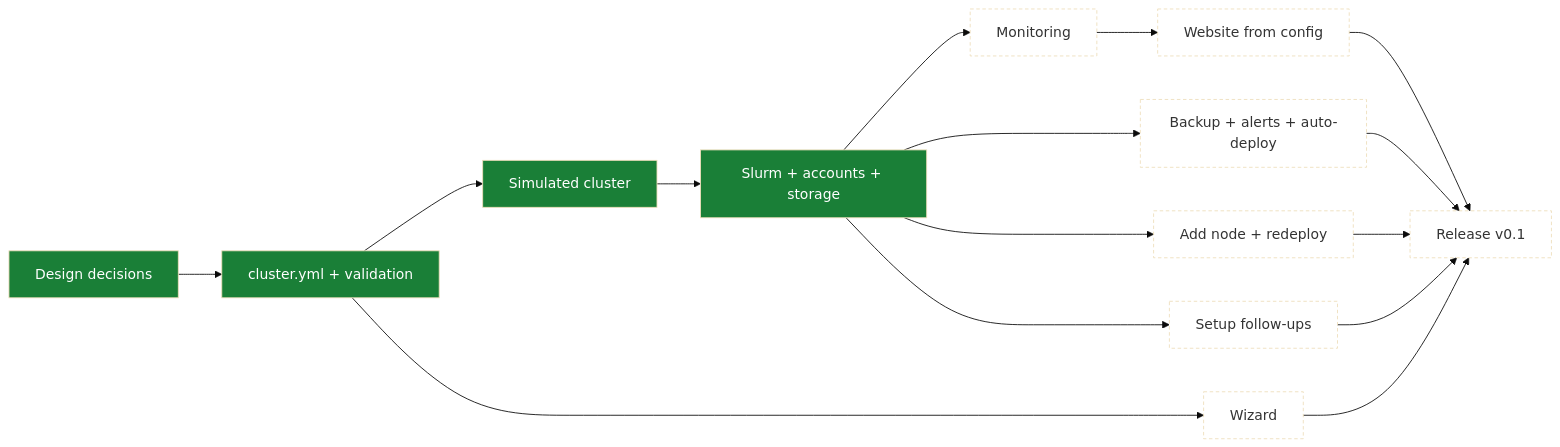
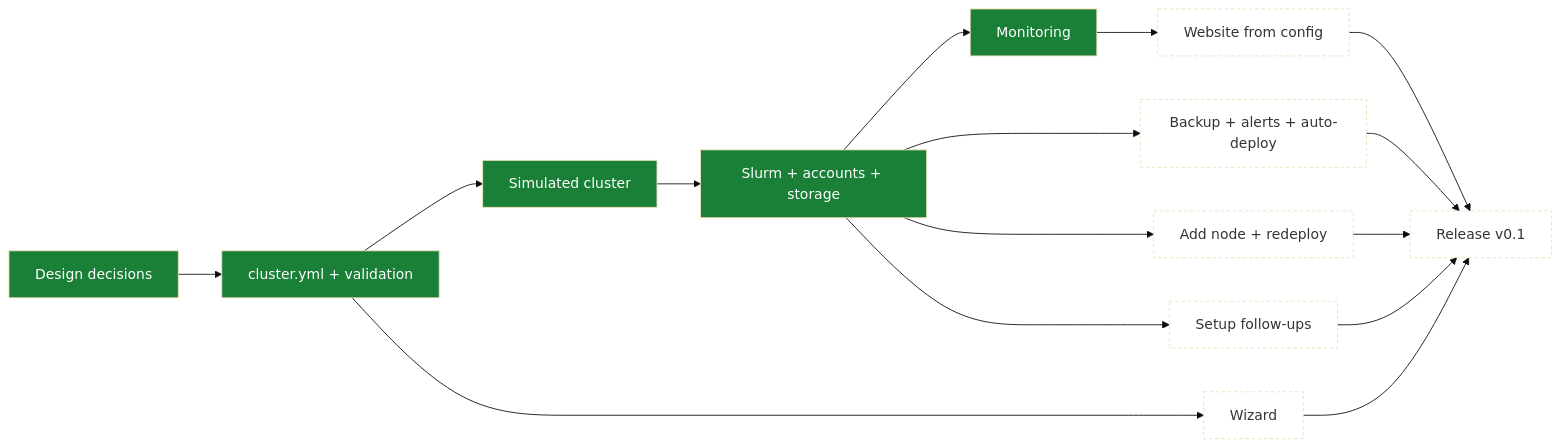
Before and after one commit to enajx/nanoHPC: the diagram in TODO.md, drawn with Mermaid (base theme). The commit also changed other lines of this file and 24 other files, not shown here.

````diff
--- a/TODO.md
+++ b/TODO.md
@@ -11,21 +11,21 @@
 ```mermaid
 flowchart LR
   classDef done fill:#1a7f37,color:#fff
   classDef wip fill:#d4a72c,color:#000
   classDef queued fill:none,stroke-dasharray:4 3
 
   D[Design decisions]:::done --> C[cluster.yml + validation]:::done
   C --> SIM[Simulated cluster]:::done
   SIM --> S[Slurm + accounts + storage]:::done
-  S --> M[Monitoring]:::queued
+  S --> M[Monitoring]:::done
   M --> W[Website from config]:::queued
   S --> BK[Backup + alerts + auto-deploy]:::queued
   C --> WZ[Wizard]:::queued
   S --> N[Add node + redeploy]:::queued
   W --> R[Release v0.1]:::queued
   BK --> R
   WZ --> R
   N --> R
   S --> F[Setup follow-ups]:::queued
   F --> R
 ```
````
